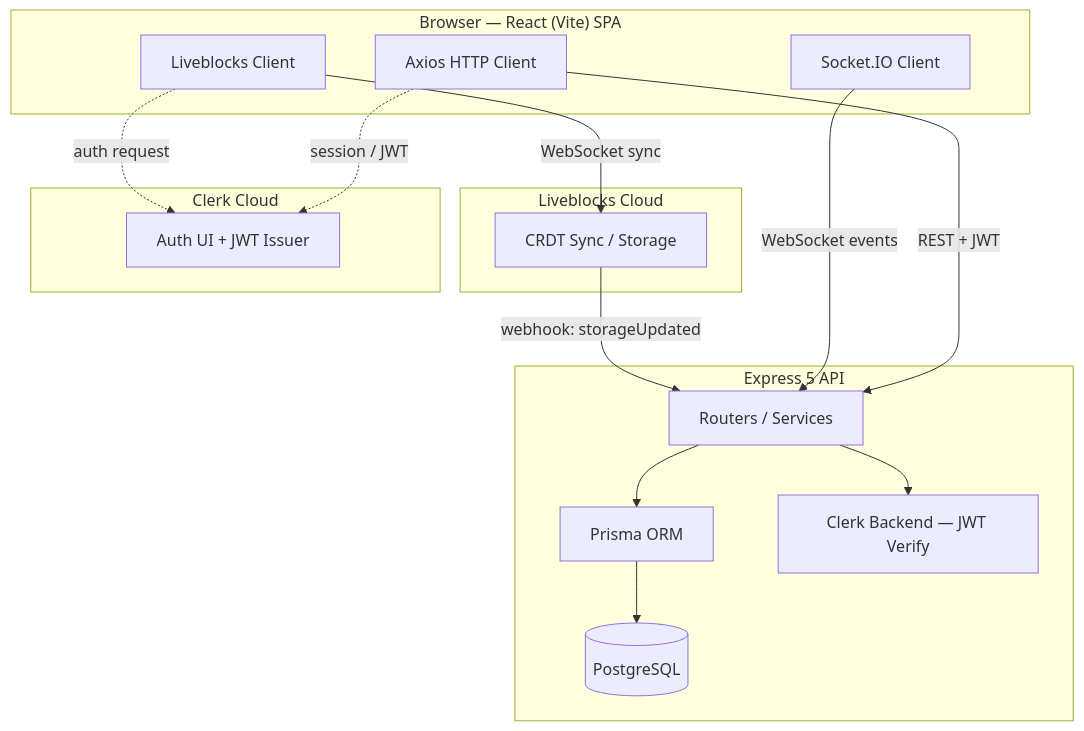
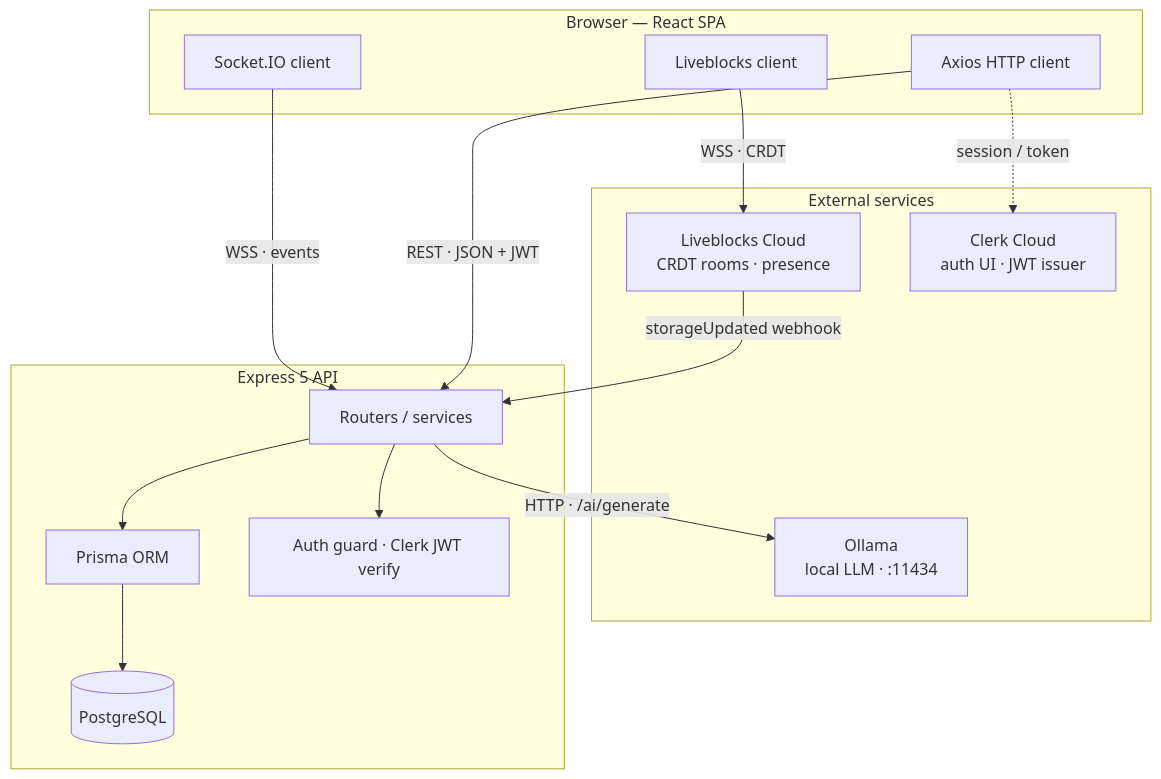
Before and after one commit to Harshith917/Craftboard: the second of 3 diagrams in README.md, drawn with Mermaid. The commit also changed other lines of this file and 89 other files, not shown here.

````diff
--- a/README.md
+++ b/README.md
@@ -40,32 +170,30 @@
 ```mermaid
 graph TD
-    subgraph Client["Browser — React (Vite) SPA"]
-        LC[Liveblocks Client]
-        SC[Socket.IO Client]
-        AX[Axios HTTP Client]
+    subgraph Client["Browser — React SPA"]
+        LC[Liveblocks client]
+        SC[Socket.IO client]
+        AX[Axios HTTP client]
     end
 
-    subgraph LB["Liveblocks Cloud"]
-        CRDT[CRDT Sync / Storage]
+    subgraph Cloud["External services"]
+        LB[Liveblocks Cloud<br/>CRDT rooms · presence]
+        CK[Clerk Cloud<br/>auth UI · JWT issuer]
+        OL[Ollama<br/>local LLM · :11434]
     end
 
-    subgraph Backend["Express 5 API"]
-        API[Routers / Services]
+    subgraph API["Express 5 API"]
+        RT[Routers / services]
         PR[Prisma ORM]
         DB[(PostgreSQL)]
-        CG[Clerk Backend — JWT Verify]
+        AU[Auth guard · Clerk JWT verify]
     end
 
-    subgraph Auth["Clerk Cloud"]
-        CA[Auth UI + JWT Issuer]
-    end
-
-    LC -- WebSocket sync --> CRDT
-    CRDT -- webhook: storageUpdated --> API
-    SC -- WebSocket events --> API
-    AX -- REST + JWT --> API
-    API --> PR --> DB
-    API --> CG
-    LC -. auth request .-> CA
-    AX -. session / JWT .-> CA
+    LC -- "WSS · CRDT" --> LB
+    LB -- "storageUpdated webhook" --> RT
+    SC -- "WSS · events" --> RT
+    AX -- "REST · JSON + JWT" --> RT
+    AX -. "session / token" .-> CK
+    RT -- "HTTP · /ai/generate" --> OL
+    RT --> AU
+    RT --> PR --> DB
 ```
````
